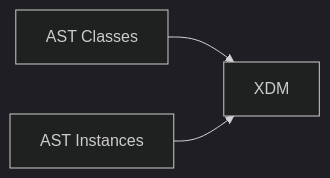
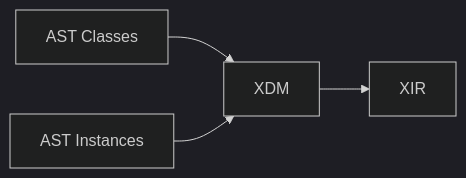
The sixth of 10 diagrams in papers/ANTLR_G4_to_AST_Classes_Spec.md (jurgenei/jurgenei), drawn with Mermaid (dark theme) before and after one commit. The commit also changed other lines of this file, not shown here.

Commit message:
made g4 schema grammar fit into xir

````diff
--- a/papers/ANTLR_G4_to_AST_Classes_Spec.md
+++ b/papers/ANTLR_G4_to_AST_Classes_Spec.md
@@ -440,9 +444,11 @@
 ```mermaid
 flowchart LR
     AC[AST Classes]
     X[XDM]
+    XIR[XIR]
     AI[AST Instances]
 
     AC --> X
     AI --> X
+    X --> XIR
 ```
````
